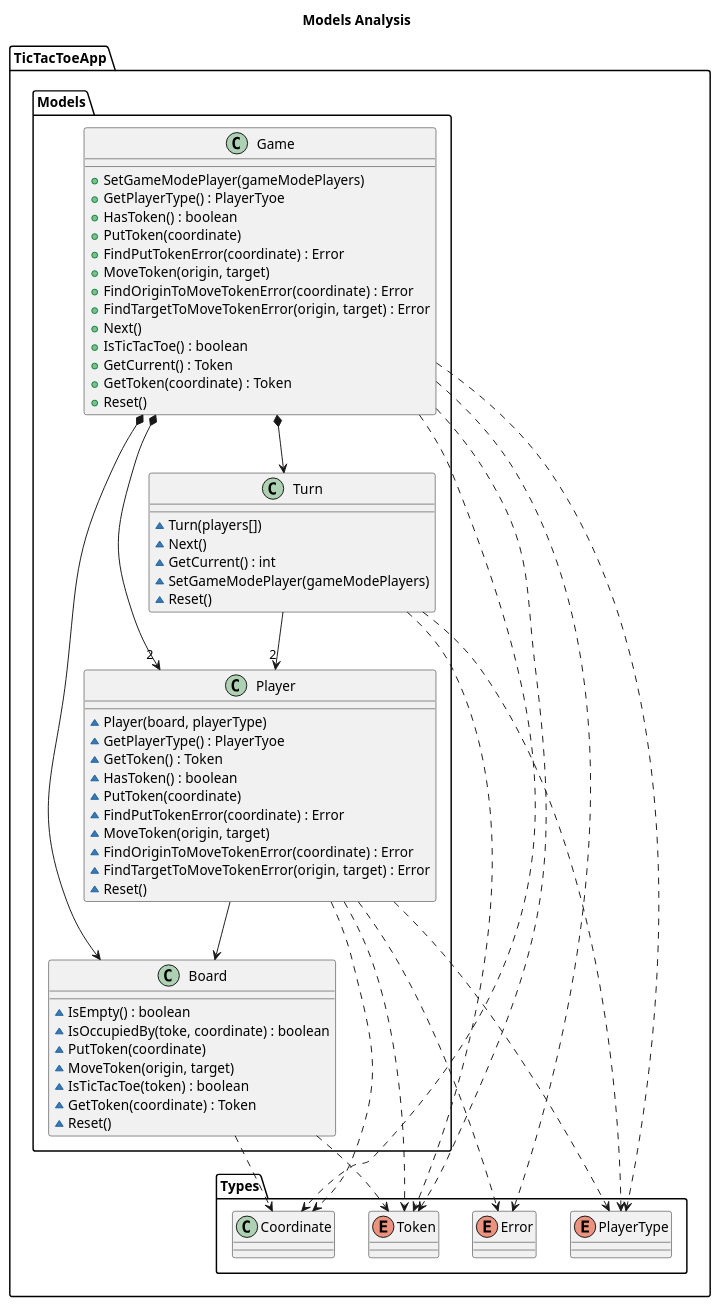
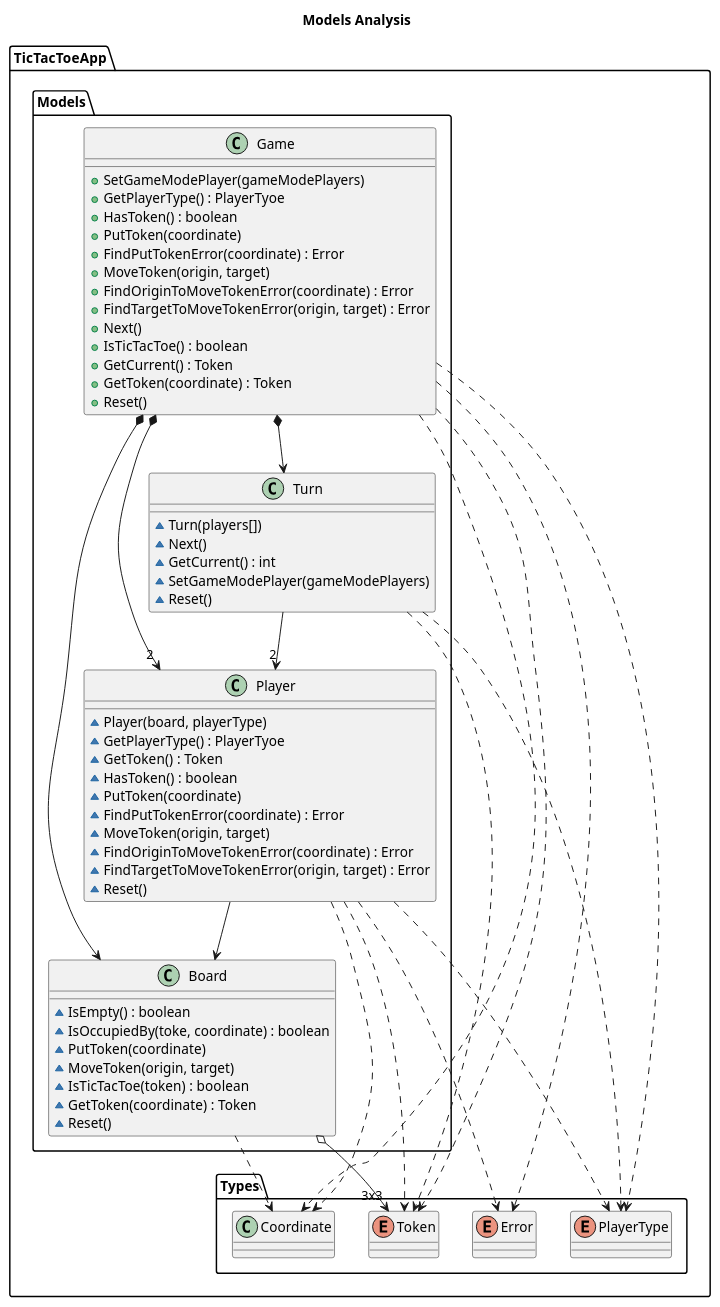
The seventh of 8 diagrams in Docs/Analysis.plantuml (franpaulinoinfante/TicTacToe), drawn with PlantUML before and after one commit. The commit also changed 14 other files, not shown here.

```diff
--- a/Docs/Analysis.plantuml
+++ b/Docs/Analysis.plantuml
@@ -493,82 +493,82 @@
 @startuml Models Analysis 
     title Models Analysis 
 
 package TicTacToeApp{
     namespace Models{
         class Game{
             +SetGameModePlayer(gameModePlayers)
             +GetPlayerType() : PlayerTyoe
             +HasToken() : boolean
             +PutToken(coordinate)
             +FindPutTokenError(coordinate) : Error
             +MoveToken(origin, target)
             +FindOriginToMoveTokenError(coordinate) : Error
             +FindTargetToMoveTokenError(origin, target) : Error
             +Next()
             +IsTicTacToe() : boolean
             +GetCurrent() : Token
             +GetToken(coordinate) : Token
             +Reset()
         }
         Game *--> Board
         Game *--> "2" Player
         Game *--> Turn
 
         class Board{
             ~IsEmpty() : boolean
             ~IsOccupiedBy(toke, coordinate) : boolean
             ~PutToken(coordinate)
             ~MoveToken(origin, target)
             ~IsTicTacToe(token) : boolean
             ~GetToken(coordinate) : Token
             ~Reset()
         }
 
         class Player{
             ~Player(board, playerType)
             ~GetPlayerType() : PlayerTyoe
             ~GetToken() : Token
             ~HasToken() : boolean
             ~PutToken(coordinate)
             ~FindPutTokenError(coordinate) : Error
             ~MoveToken(origin, target)
             ~FindOriginToMoveTokenError(coordinate) : Error
             ~FindTargetToMoveTokenError(origin, target) : Error
             ~Reset()
         }
         Player --> Board
 
         class Turn{
             ~Turn(players[])
             ~Next()
             ~GetCurrent() : int
             ~SetGameModePlayer(gameModePlayers)
             ~Reset()
         }
         Turn --> "2" Player
     }
 
     namespace Types{
         enum Token
         enum Error
         enum PlayerType
         class Coordinate{}        
     }
 
     Models.Game ..> Types.Error
     Models.Game ..> Types.Token
     Models.Game ..> Types.PlayerType
     Models.Game ..> Types.Coordinate
 
     Models.Player ..> Types.Error
     Models.Player ..> Types.Token
     Models.Player ..> Types.PlayerType
     Models.Player ..> Types.Coordinate
     
     Models.Turn ..> Types.Token
     Models.Turn ..> Types.PlayerType
     
-    Models.Board ..> Types.Token
+    Models.Board o--> "3x3" Types.Token
     Models.Board ..> Types.Coordinate
 }
 @enduml
```
